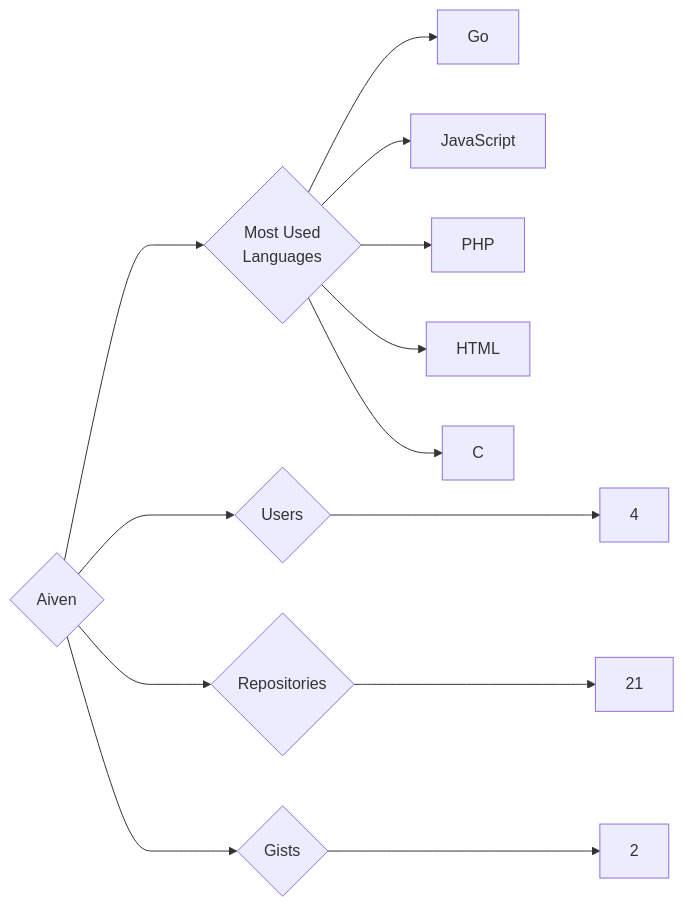
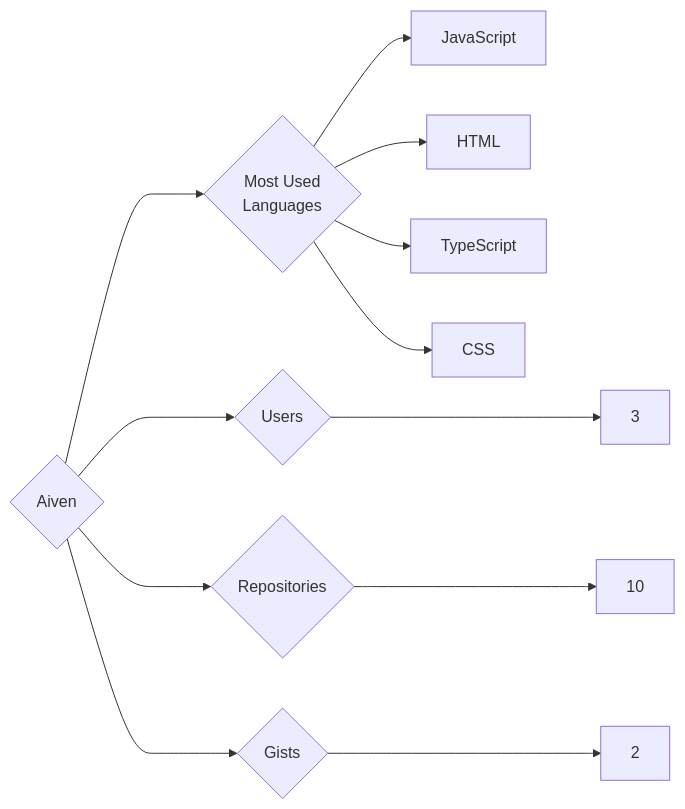
One commit to trickest/insiders changed the diagram in targets/Aiven/README.md. Above: the diagram before and after it, drawn with Mermaid. The commit also changed 1055 other files, not shown here.

````diff
--- a/targets/Aiven/README.md
+++ b/targets/Aiven/README.md
@@ -3,13 +3,12 @@
 ```mermaid
 graph LR
 COMPANY_NAME{Aiven}
-COMPANY_NAME ---> U{Users} ---> UN[4]
-COMPANY_NAME ---> R{Repositories} ---> RN[21]
+COMPANY_NAME ---> U{Users} ---> UN[3]
+COMPANY_NAME ---> R{Repositories} ---> RN[10]
 COMPANY_NAME ---> G{Gists} ---> GN[2]
 COMPANY_NAME ---> ML{Most Used<br>Languages}
-ML --> Go[Go]
 ML --> JavaScript[JavaScript]
-ML --> PHP[PHP]
 ML --> HTML[HTML]
-ML --> C[C]
+ML --> TypeScript[TypeScript]
+ML --> CSS[CSS]
 ```
````
